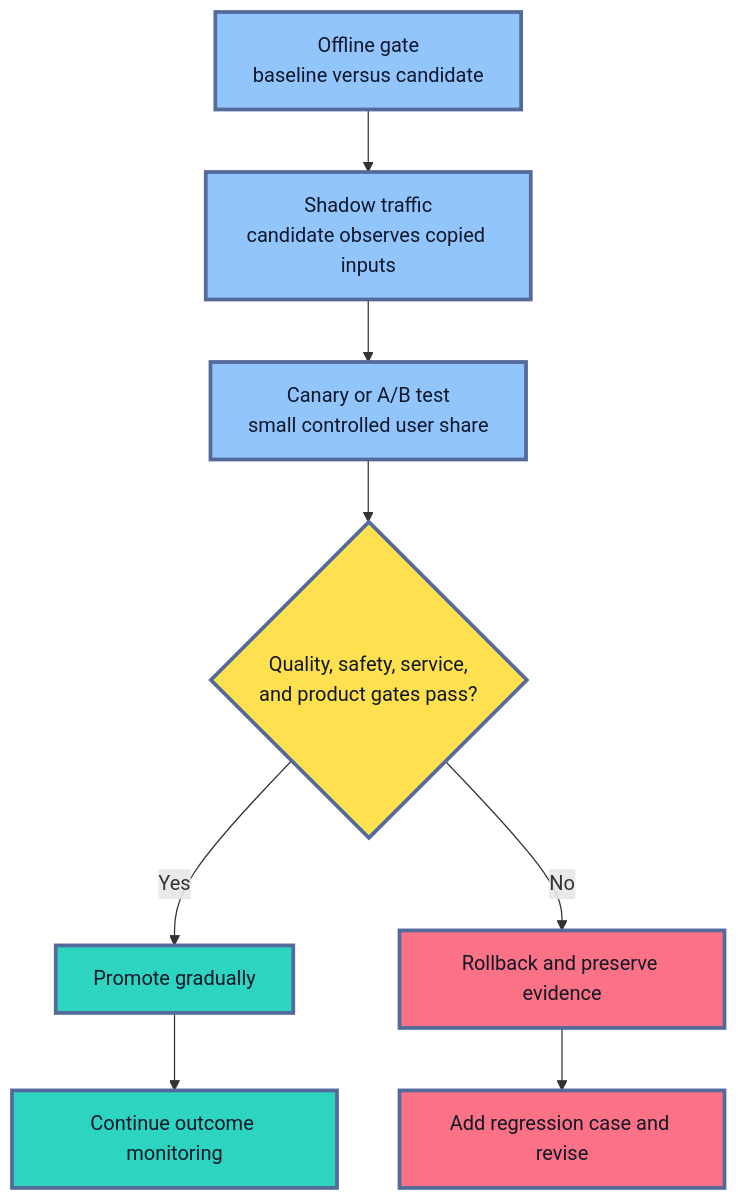
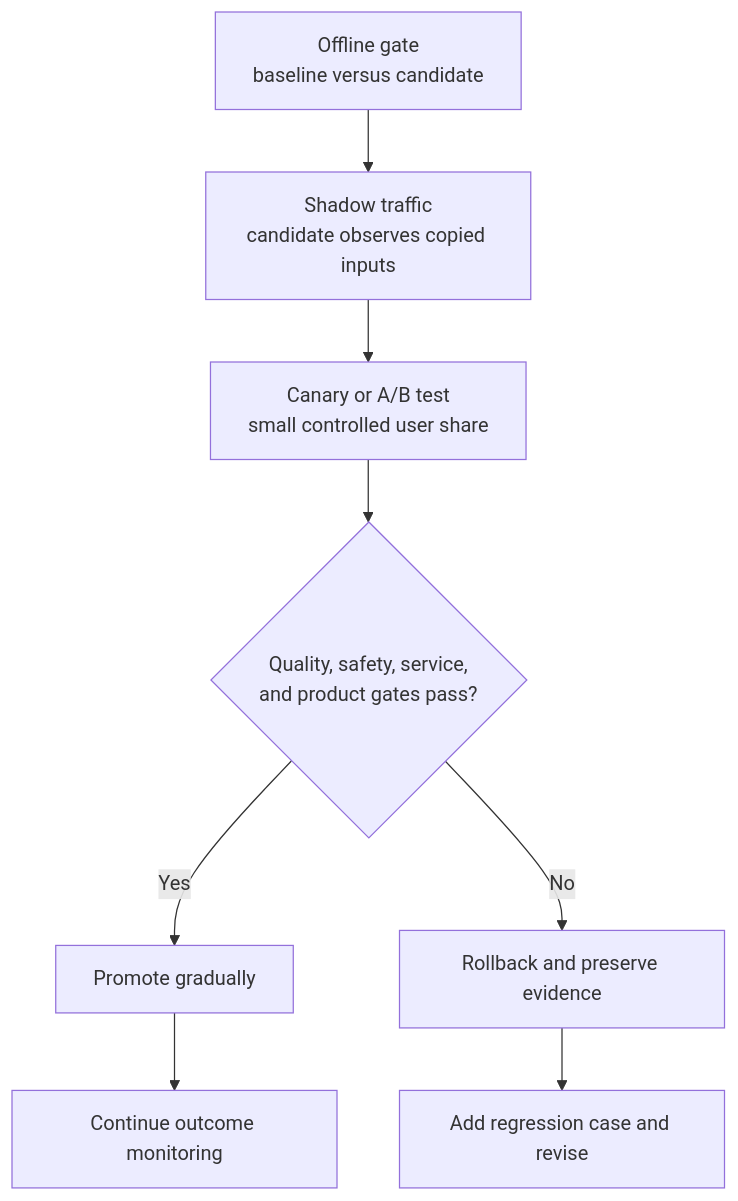
The sixth of 7 diagrams in roadmaps/mlops/modules/llmops/adaptation-and-feedback/02-production-feedback-and-eval-flywheel.md (senlinyy/dev-roadmaps), drawn with Mermaid before and after one commit. The commit also changed other lines of this file and 152 other files, not shown here.

Commit message:
feat: mlops and diagrams updated

````diff
--- a/roadmaps/mlops/modules/llmops/adaptation-and-feedback/02-production-feedback-and-eval-flywheel.md
+++ b/roadmaps/mlops/modules/llmops/adaptation-and-feedback/02-production-feedback-and-eval-flywheel.md
@@ -386,19 +368,15 @@
 ```mermaid
 flowchart TD
     A["Offline gate<br/>baseline versus candidate"] --> B["Shadow traffic<br/>candidate observes copied inputs"]
     B --> C["Canary or A/B test<br/>small controlled user share"]
     C --> D{"Quality, safety, service,<br/>and product gates pass?"}
     D -->|"Yes"| E["Promote gradually"]
     D -->|"No"| F["Rollback and preserve evidence"]
     E --> G["Continue outcome monitoring"]
     F --> H["Add regression case and revise"]
 
-    classDef test fill:#93C5FD,stroke:#536A9A,stroke-width:3px,color:#0F172A
-    classDef decision fill:#FFE04F,stroke:#536A9A,stroke-width:3px,color:#111827
-    classDef success fill:#2DD4BF,stroke:#536A9A,stroke-width:3px,color:#0F172A
-    classDef stop fill:#FB7185,stroke:#536A9A,stroke-width:3px,color:#111827
     class A,B,C test
     class D decision
     class E,G success
     class F,H stop
 ```
````
